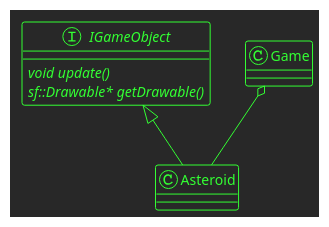
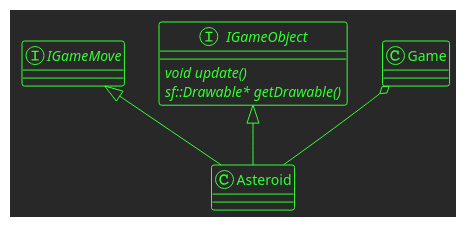
Before and after one commit to jakubopatowski/game: the diagram in doc/project.wsd, drawn with PlantUML. The commit also changed 8 other files, not shown here.

```diff
--- a/doc/project.wsd
+++ b/doc/project.wsd
@@ -1,26 +1,33 @@
 @startuml
 '!theme sketchy-outline
 '!theme blueprint
 '!theme cerulean-outline
 '!theme amiga
 '!theme materia-outline
 '!theme plain
 !theme crt-green
+
+
+interface IGameMove{
+    {abstract} 
+}
+
 
 interface IGameObject{
     {abstract} void update()
     {abstract} sf::Drawable* getDrawable()
 }
 
 class Asteroid{
 
 }
 
 class Game{
 }
 
 IGameObject <|-- Asteroid
+IGameMove <|-- Asteroid
 Game o-- Asteroid
 
 
 @enduml
```
